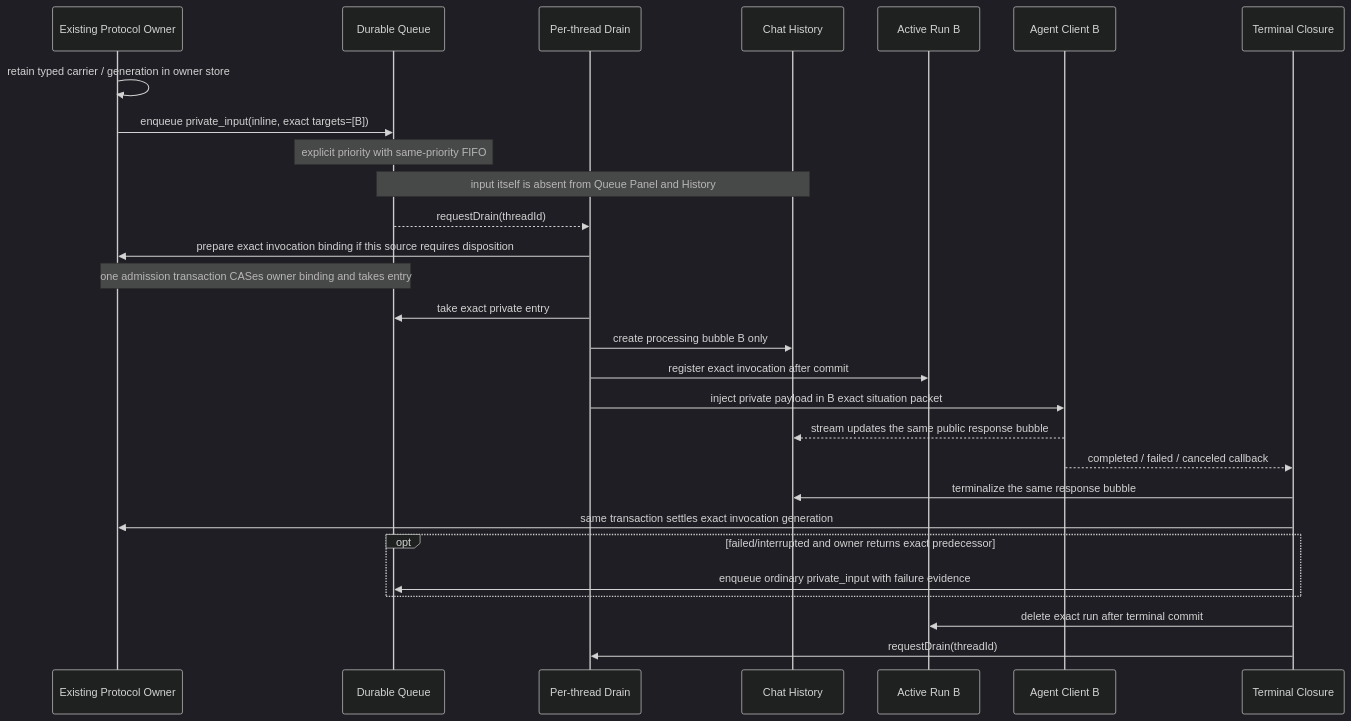
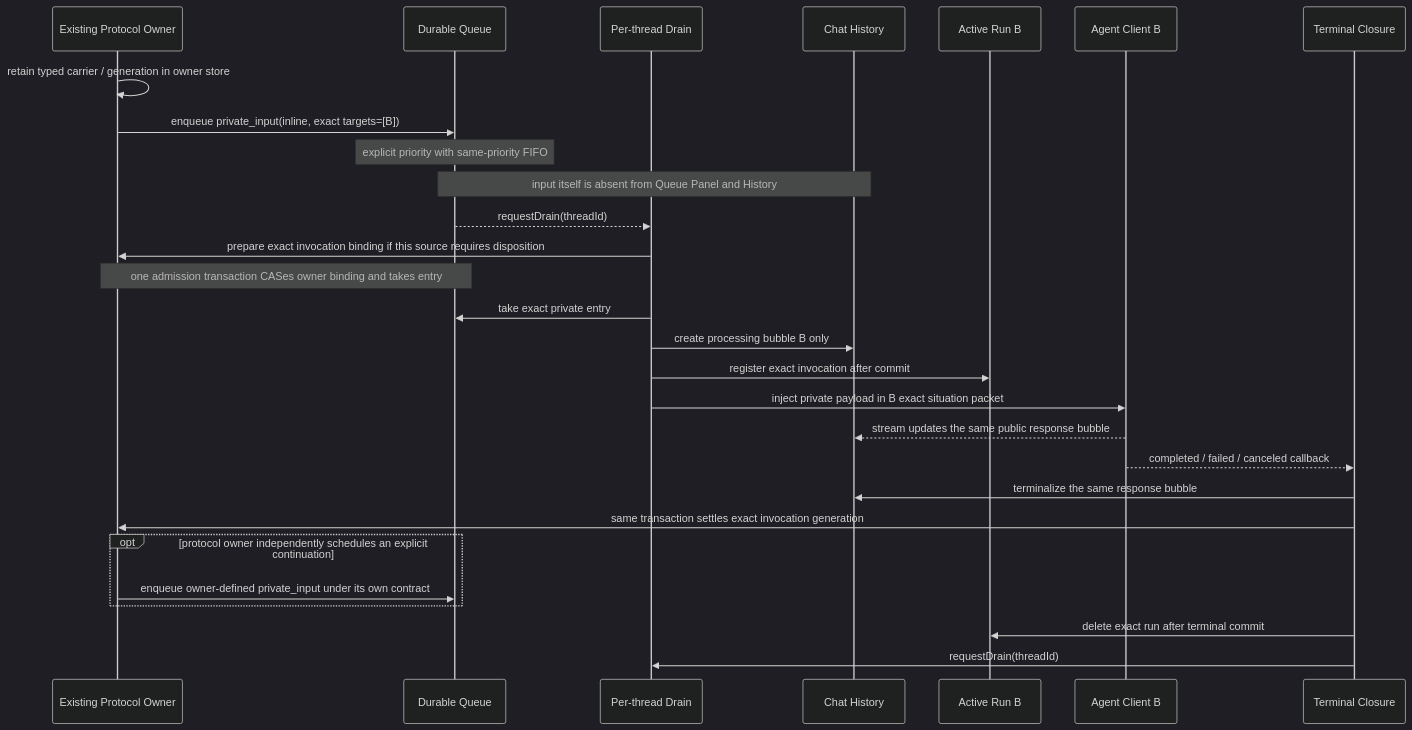
One commit to 08mamba24/clowder-ai changed the third of 8 diagrams in docs/architecture/message-delivery-handling-handoff-audit.md. Above: the diagram before and after it, drawn with Mermaid (dark theme). The commit also changed other lines of this file and 2024 other files, not shown here.

````diff
--- a/docs/architecture/message-delivery-handling-handoff-audit.md
+++ b/docs/architecture/message-delivery-handling-handoff-audit.md
@@ -175,31 +175,31 @@
 ```mermaid
 sequenceDiagram
     participant O as Existing Protocol Owner
     participant Q as Durable Queue
     participant D as Per-thread Drain
     participant H as Chat History
     participant R as Active Run B
     participant B as Agent Client B
     participant T as Terminal Closure
 
     O->>O: retain typed carrier / generation in owner store
     O->>Q: enqueue private_input(inline, exact targets=[B])
     Note over Q: explicit priority with same-priority FIFO
     Note over Q,H: input itself is absent from Queue Panel and History
     Q-->>D: requestDrain(threadId)
     D->>O: prepare exact invocation binding if this source requires disposition
     Note over Q,O: one admission transaction CASes owner binding and takes entry
     D->>Q: take exact private entry
     D->>H: create processing bubble B only
     D->>R: register exact invocation after commit
     D->>B: inject private payload in B exact situation packet
     B-->>H: stream updates the same public response bubble
     B-->>T: completed / failed / canceled callback
     T->>H: terminalize the same response bubble
     T->>O: same transaction settles exact invocation generation
-    opt failed/interrupted and owner returns exact predecessor
-        T->>Q: enqueue ordinary private_input with failure evidence
+    opt protocol owner independently schedules an explicit continuation
+        O->>Q: enqueue owner-defined private_input under its own contract
     end
     T->>R: delete exact run after terminal commit
     T->>D: requestDrain(threadId)
 ```
````
